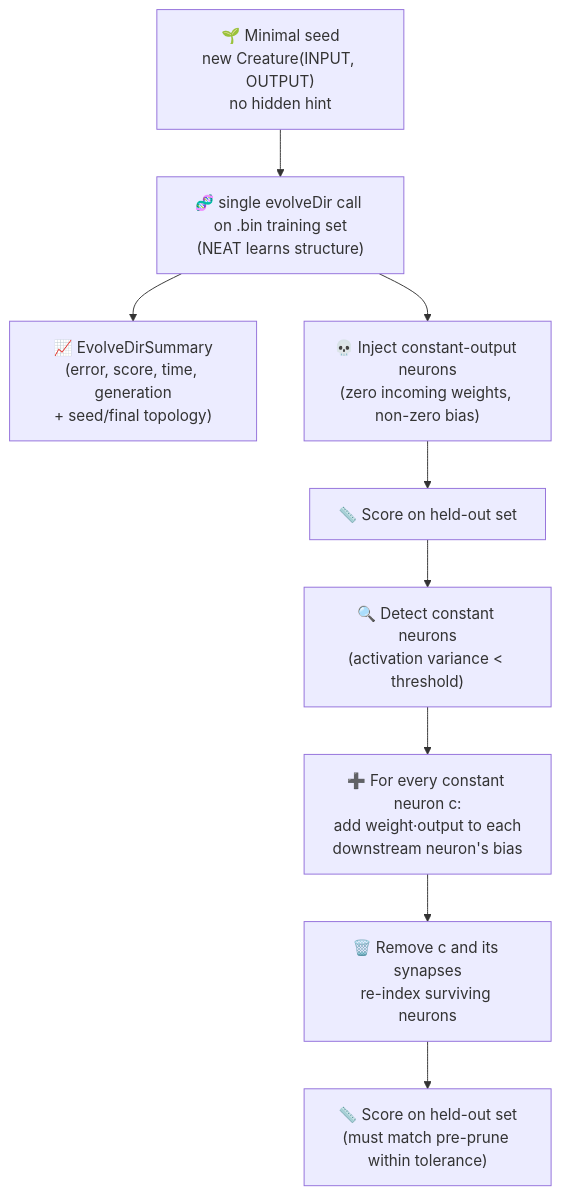
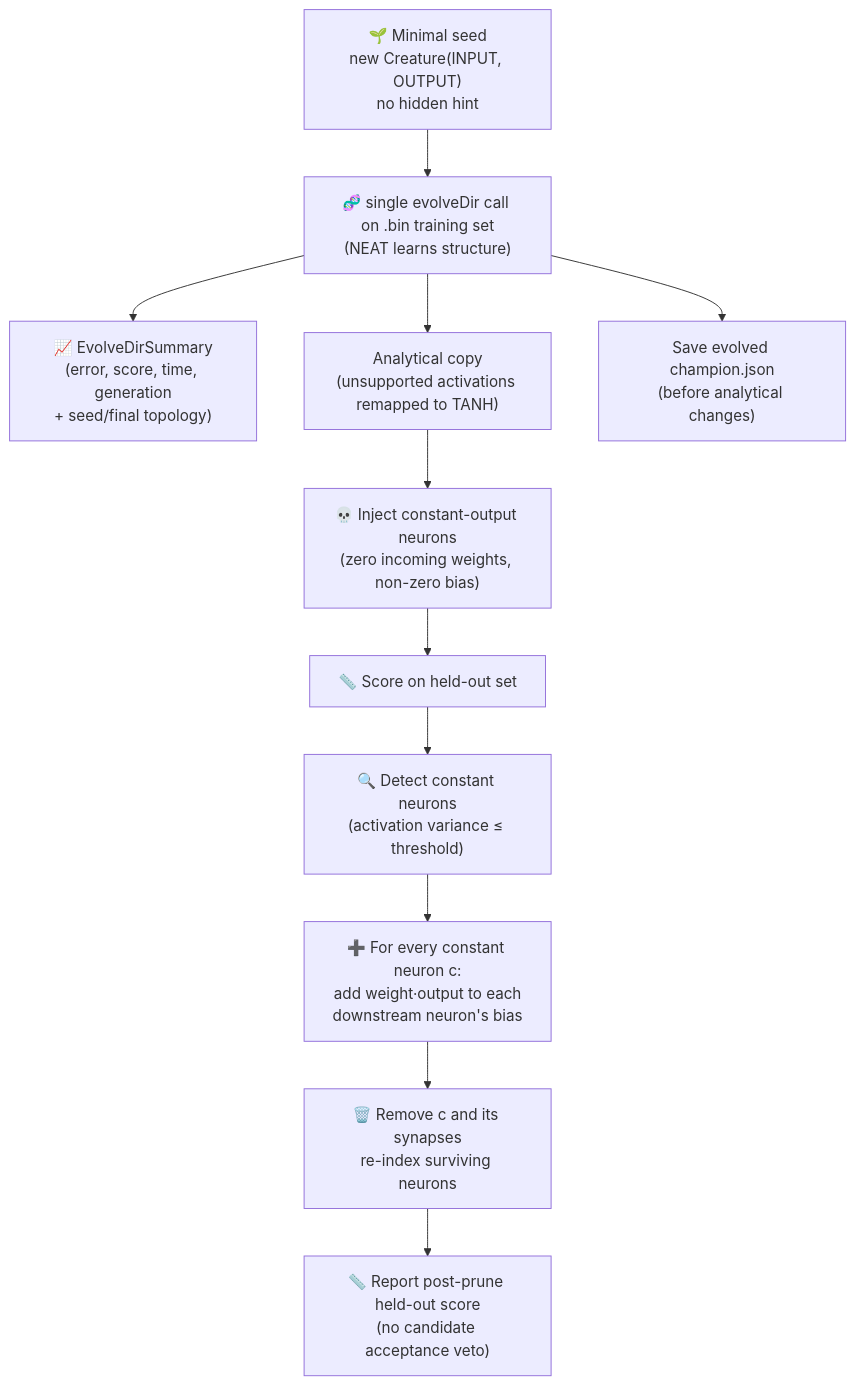
One commit to stSoftwareAU/NEAT-AI-Examples changed the diagram in neuron_pruning/README.md. Above: the diagram before and after it, drawn with Mermaid. The commit also changed other lines of this file and 5 other files, not shown here.

````diff
--- a/neuron_pruning/README.md
+++ b/neuron_pruning/README.md
@@ -59,21 +60,25 @@
 ```mermaid
 flowchart TD
     SEED["🌱 Minimal seed<br/>new Creature(INPUT, OUTPUT)<br/>no hidden hint"]
     EVOLVE["🧬 single evolveDir call on .bin training set<br/>(NEAT learns structure)"]
     SUM["📈 EvolveDirSummary<br/>(error, score, time, generation<br/>+ seed/final topology)"]
+    COPY["Analytical copy<br/>(unsupported activations remapped to TANH)"]
+    SAVE["Save evolved champion.json<br/>(before analytical changes)"]
     INJECT["💀 Inject constant-output neurons<br/>(zero incoming weights, non-zero bias)"]
     SCORE1["📏 Score on held-out set"]
-    DETECT["🔍 Detect constant neurons<br/>(activation variance &lt; threshold)"]
+    DETECT["🔍 Detect constant neurons<br/>(activation variance ≤ threshold)"]
     FOLD["➕ For every constant neuron c:<br/>add weight·output to each<br/>downstream neuron's bias"]
     DROP["🗑️ Remove c and its synapses<br/>re-index surviving neurons"]
-    SCORE2["📏 Score on held-out set<br/>(must match pre-prune within tolerance)"]
+    SCORE2["📏 Report post-prune held-out score<br/>(no candidate acceptance veto)"]
 
     SEED --> EVOLVE
     EVOLVE --> SUM
-    EVOLVE --> INJECT
+    EVOLVE --> SAVE
+    EVOLVE --> COPY
+    COPY --> INJECT
     INJECT --> SCORE1
     SCORE1 --> DETECT
     DETECT --> FOLD
     FOLD --> DROP
     DROP --> SCORE2
 ```
````
